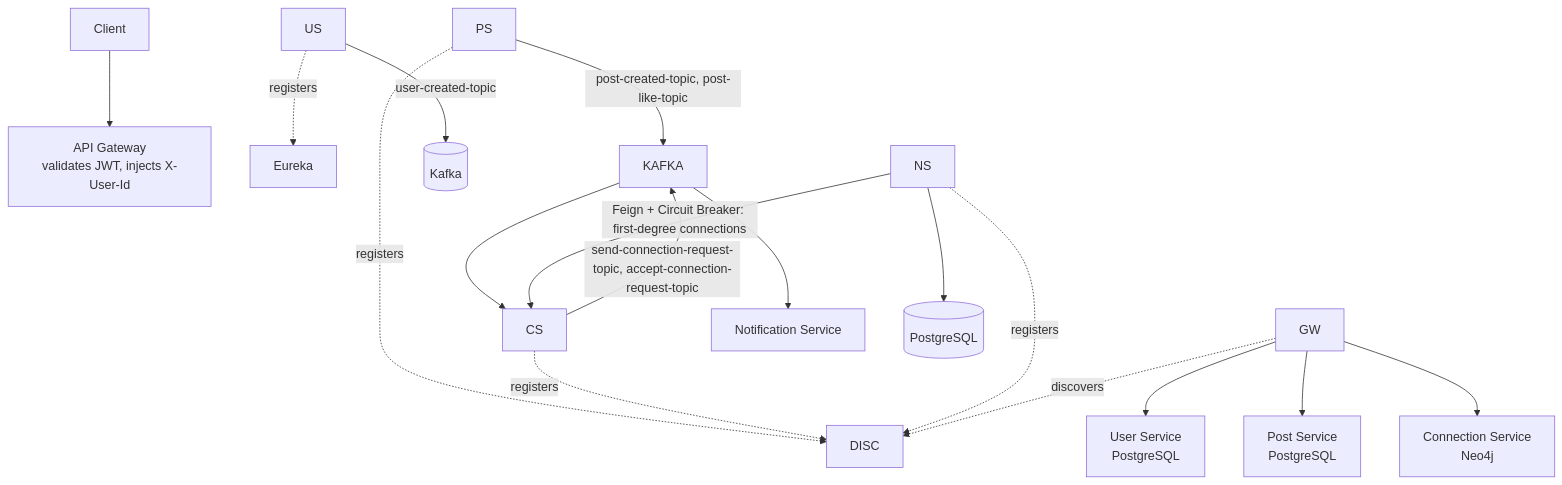
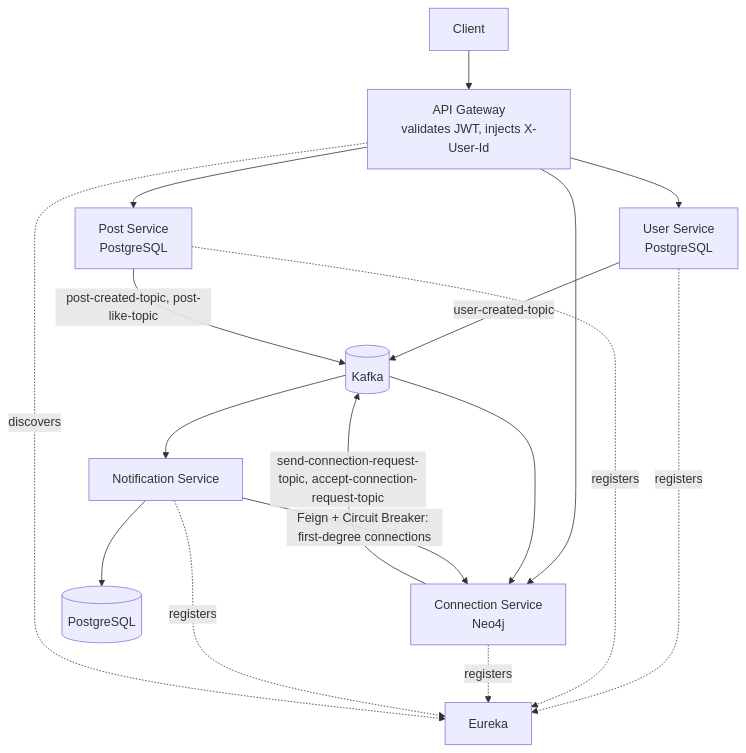
One commit to tejeshwini1441/distributed-social-media-platform changed the diagram in README.md. Above: the diagram before and after it, drawn with Mermaid. The commit also changed other lines of this file, not shown here.

````diff
--- a/README.md
+++ b/README.md
@@ -34,23 +23,23 @@
 ```mermaid
 flowchart TB
-    Client --> GW\\\[API Gateway<br/>validates JWT, injects X-User-Id]
-    GW --> US\\\[User Service<br/>PostgreSQL]
-    GW --> PS\\\[Post Service<br/>PostgreSQL]
-    GW --> CS\\\[Connection Service<br/>Neo4j]
+    Client --> GW[API Gateway<br/>validates JWT, injects X-User-Id]
+    GW --> US[User Service<br/>PostgreSQL]
+    GW --> PS[Post Service<br/>PostgreSQL]
+    GW --> CS[Connection Service<br/>Neo4j]
 
-    US -.registers.-> DISC\\\[Eureka]
+    US -.registers.-> DISC[Eureka]
     PS -.registers.-> DISC
     CS -.registers.-> DISC
     NS -.registers.-> DISC
     GW -.discovers.-> DISC
 
-    US -->|user-created-topic| KAFKA\\\[(Kafka)]
+    US -->|user-created-topic| KAFKA[(Kafka)]
     PS -->|post-created-topic, post-like-topic| KAFKA
     CS -->|send-connection-request-topic, accept-connection-request-topic| KAFKA
 
     KAFKA --> CS
-    KAFKA --> NS\\\[Notification Service]
+    KAFKA --> NS[Notification Service]
 
     NS -->|Feign + Circuit Breaker: first-degree connections| CS
-    NS --> PG3\\\[(PostgreSQL)]
+    NS --> PG3[(PostgreSQL)]
 ```
````
